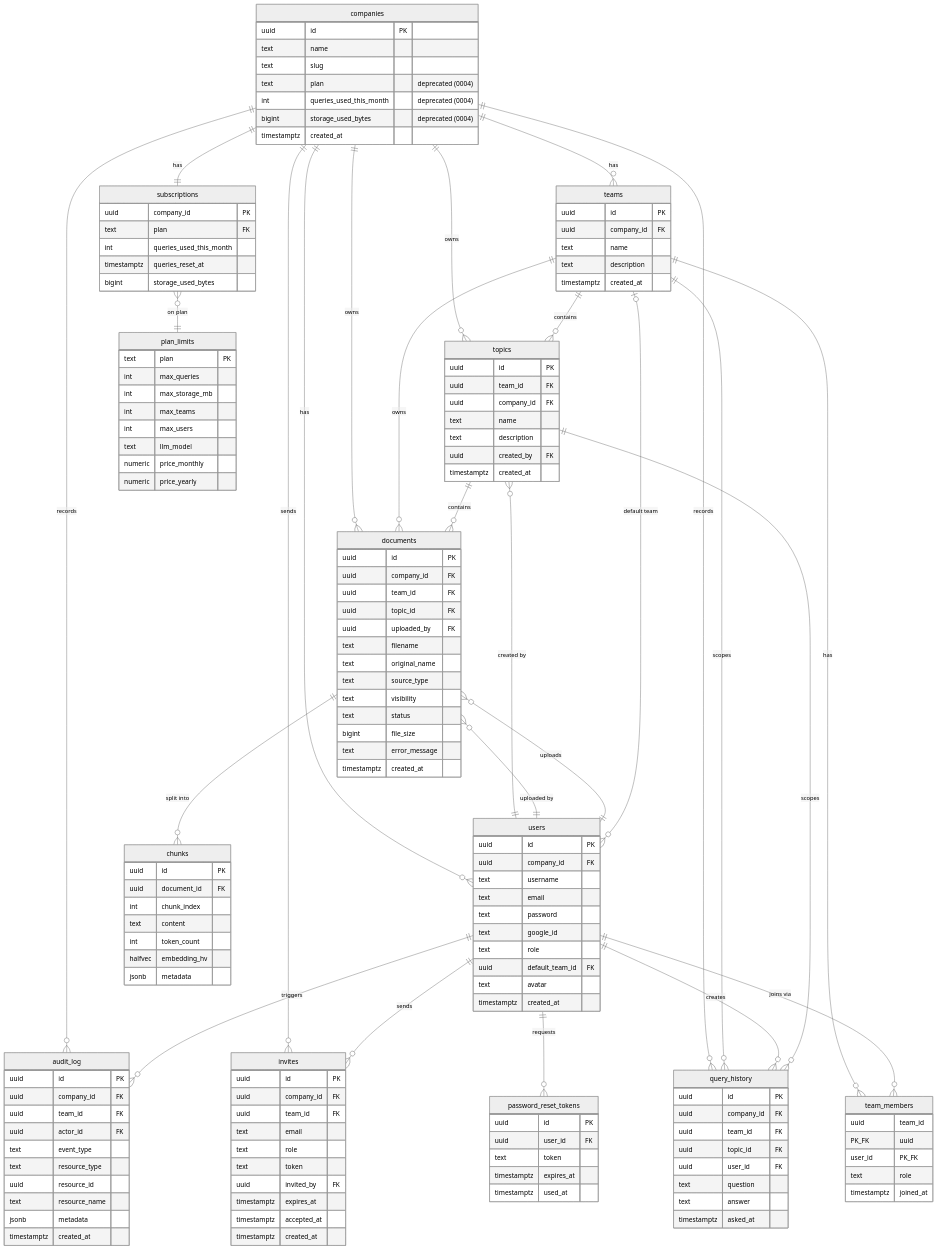
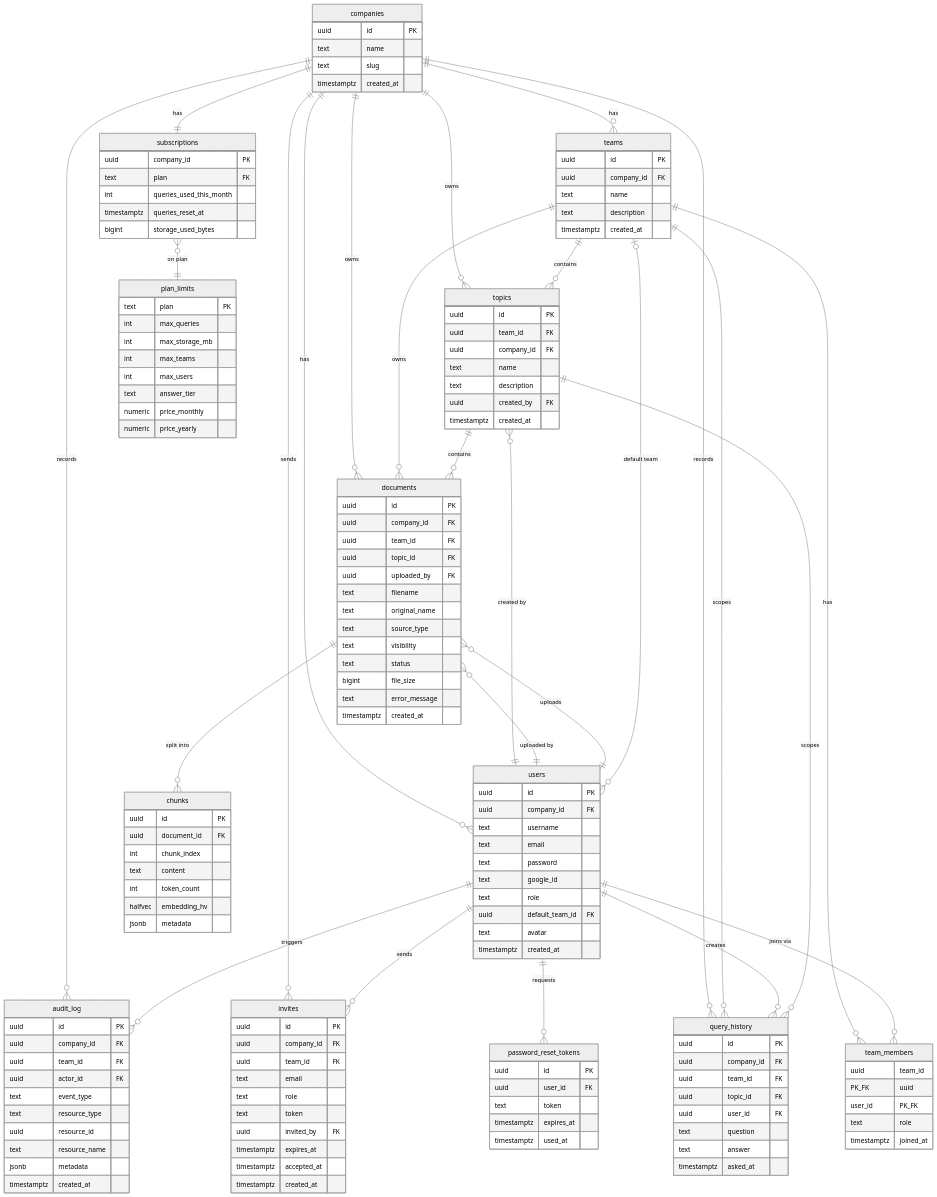
The first of 2 diagrams in docs/diagrams/er-diagram.md (yavorm-tech/query-prism), drawn with Mermaid (neutral theme) before and after one commit. The commit also changed 68 other files, not shown here.

```diff
--- a/docs/diagrams/er-diagram.md
+++ b/docs/diagrams/er-diagram.md
@@ -8,9 +8,6 @@
         uuid id PK
         text name
         text slug
-        text plan "deprecated (0004)"
-        int queries_used_this_month "deprecated (0004)"
-        bigint storage_used_bytes "deprecated (0004)"
         timestamptz created_at
     }
 
@@ -137,7 +134,7 @@
         int max_storage_mb
         int max_teams
         int max_users
-        text llm_model
+        text answer_tier
         numeric price_monthly
         numeric price_yearly
     }
```
